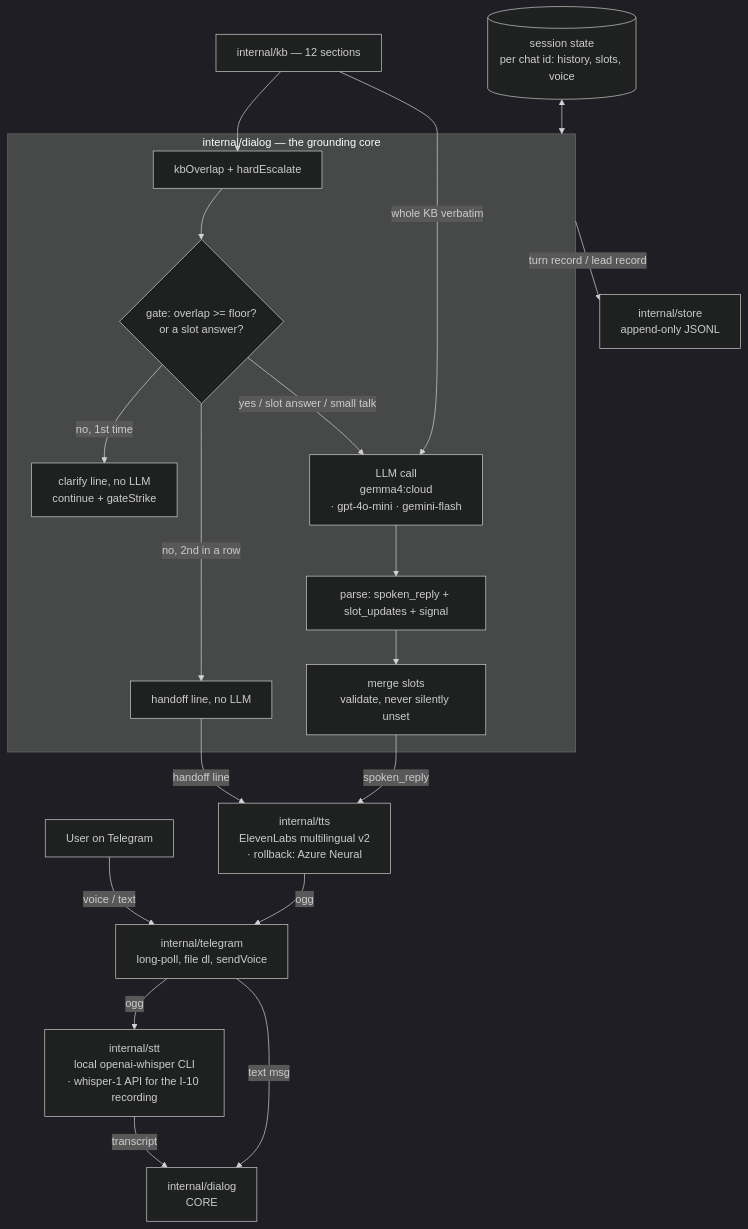
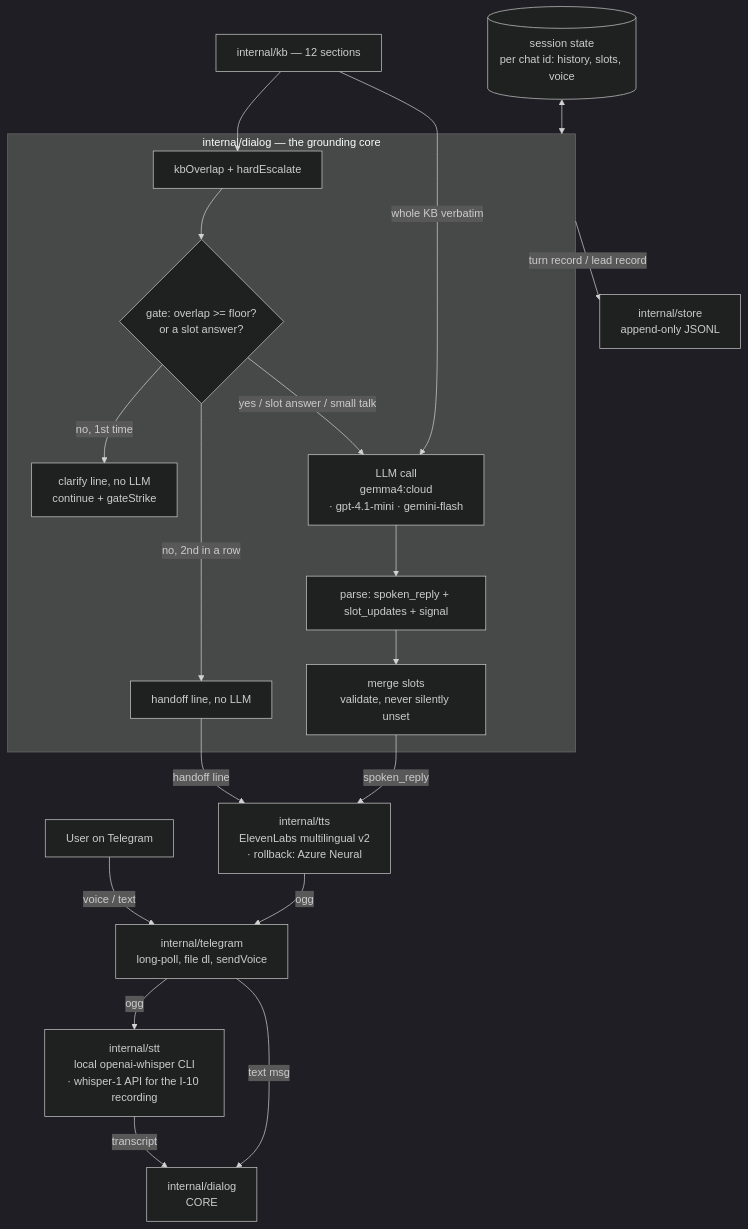
Before and after one commit to valpere/v2v-demo: the diagram in docs/architecture.md, drawn with Mermaid (dark theme). The commit also changed other lines of this file and 7 other files, not shown here.

First line of the commit message:
dialog: switch client model to gpt-4.1-mini

````diff
--- a/docs/architecture.md
+++ b/docs/architecture.md
@@ -29,25 +29,25 @@
 ```mermaid
 flowchart TD
     U[User on Telegram] -->|voice / text| TG[internal/telegram\nlong-poll, file dl, sendVoice]
     TG -->|ogg| STT[internal/stt\nlocal openai-whisper CLI\n· whisper-1 API for the I-10 recording]
     STT -->|transcript| D[internal/dialog\nCORE]
     TG -->|text msg| D
 
     subgraph CORE [internal/dialog — the grounding core]
         R[kbOverlap + hardEscalate] --> G{gate: overlap >= floor?\nor a slot answer?}
         G -->|no, 1st time| CL[clarify line, no LLM\ncontinue + gateStrike]
         G -->|no, 2nd in a row| ESC[handoff line, no LLM]
-        G -->|yes / slot answer / small talk| LLM[LLM call\ngemma4:cloud\n· gpt-4o-mini · gemini-flash]
+        G -->|yes / slot answer / small talk| LLM[LLM call\ngemma4:cloud\n· gpt-4.1-mini · gemini-flash]
         LLM --> P[parse: spoken_reply + slot_updates + signal]
         P --> M[merge slots\nvalidate, never silently unset]
     end
 
     KB[internal/kb — 12 sections] --> R
     KB -->|whole KB verbatim| LLM
     S[(session state\nper chat id: history, slots, voice)] <--> CORE
 
     M -->|spoken_reply| TTS[internal/tts\nElevenLabs multilingual v2\n· rollback: Azure Neural]
     ESC -->|handoff line| TTS
     TTS -->|ogg| TG
     CORE -->|turn record / lead record| LOG[internal/store\nappend-only JSONL]
 ```
````
